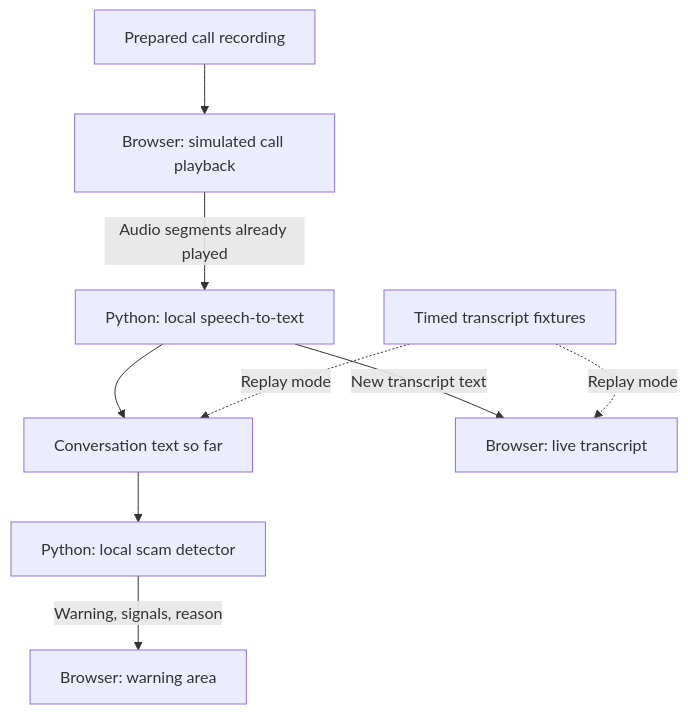
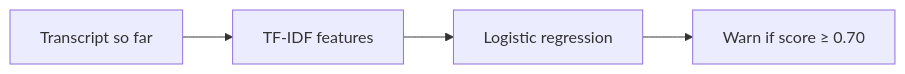
Before and after one commit to ZellerhoffBen/swissscam: the diagram in README.md, drawn with Mermaid. The commit also changed other lines of this file, not shown here.

````diff
--- a/README.md
+++ b/README.md
@@ -60,11 +27,6 @@
 ```mermaid
-flowchart TD
-    A[Prepared call recording] --> B[Browser: simulated call playback]
-    B -->|Audio segments already played| C[Python: local speech-to-text]
-    C --> D[Conversation text so far]
-    D --> E[Python: local scam detector]
-    E -->|Warning, signals, reason| F[Browser: warning area]
-    C -->|New transcript text| G[Browser: live transcript]
-    H[Timed transcript fixtures] -. Replay mode .-> D
-    H -. Replay mode .-> G
+flowchart LR
+    A[Transcript so far] --> B[TF-IDF features]
+    B --> C[Logistic regression]
+    C --> D[Warn if score ≥ 0.70]
 ```
````
